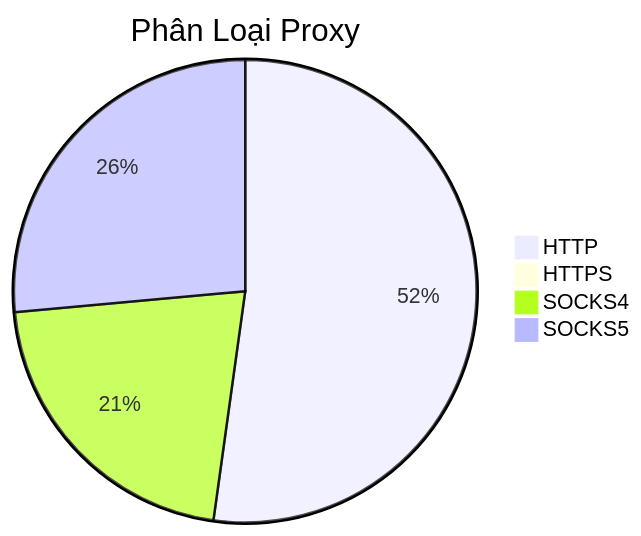
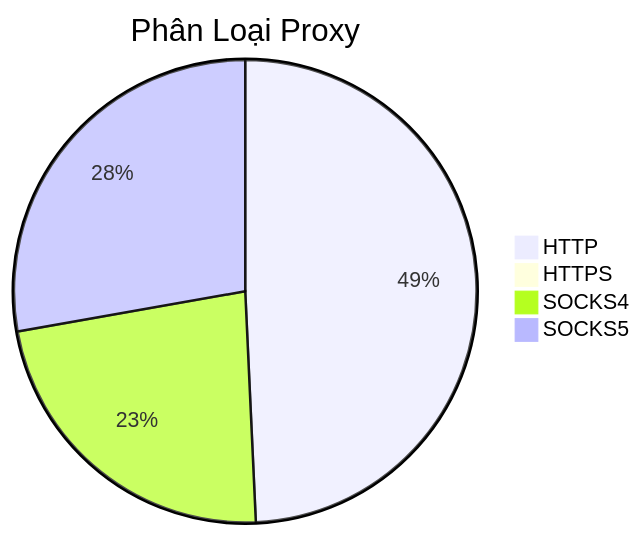
Before and after one commit to Ciara-12/PROXY-free: the diagram in README.md, drawn with Mermaid. The commit also changed other lines of this file and 3 other files, not shown here.

````diff
--- a/README.md
+++ b/README.md
@@ -26,7 +26,7 @@
 ```mermaid
 pie title Phân Loại Proxy
-    "HTTP" : 677
+    "HTTP" : 640
     "HTTPS" : 0
-    "SOCKS4" : 277
-    "SOCKS5" : 343
+    "SOCKS4" : 298
+    "SOCKS5" : 361
 ```
````
